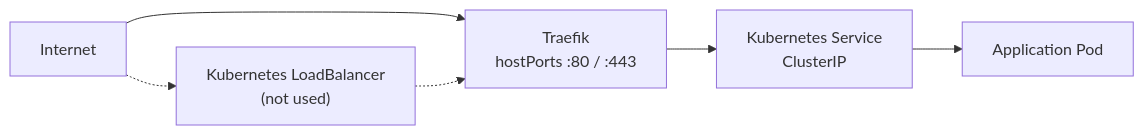
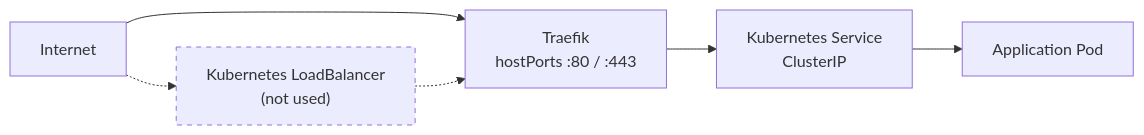
One commit to Schwitzd/IaC-VPSk3s changed the diagram in README.md. Above: the diagram before and after it, drawn with Mermaid. The commit also changed other lines of this file and 3 other files, not shown here.

````diff
--- a/README.md
+++ b/README.md
@@ -139,12 +139,15 @@
 ```mermaid
 flowchart LR
     Internet[Internet]
 
     LoadBalancer["Kubernetes LoadBalancer<br/>(not used)"]
     Traefik["Traefik<br/>hostPorts :80 / :443"]
     Service["Kubernetes Service<br/>ClusterIP"]
     Pod[Application Pod]
     Internet --> Traefik --> Service --> Pod
     Internet -.-> LoadBalancer
     LoadBalancer -.-> Traefik
+
+    classDef dotted stroke-dasharray: 5 5
+    class LoadBalancer dotted
 ```
````
